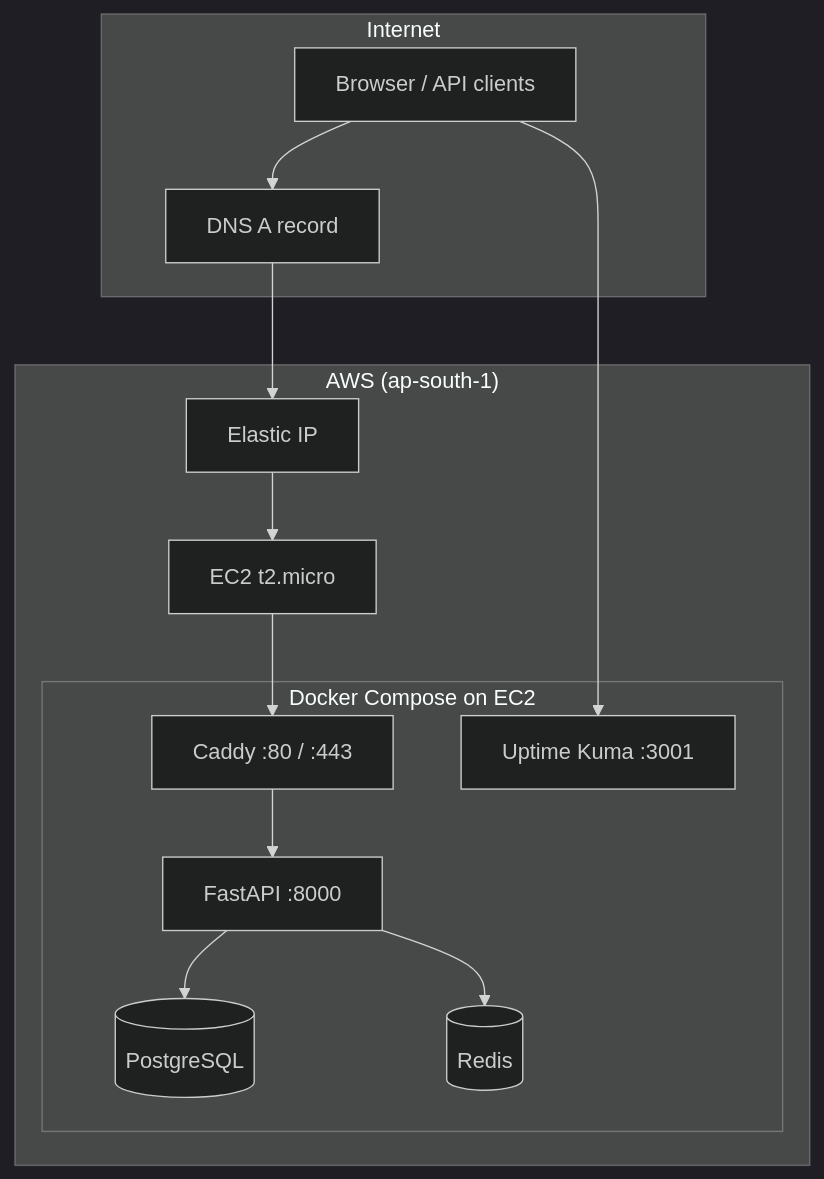
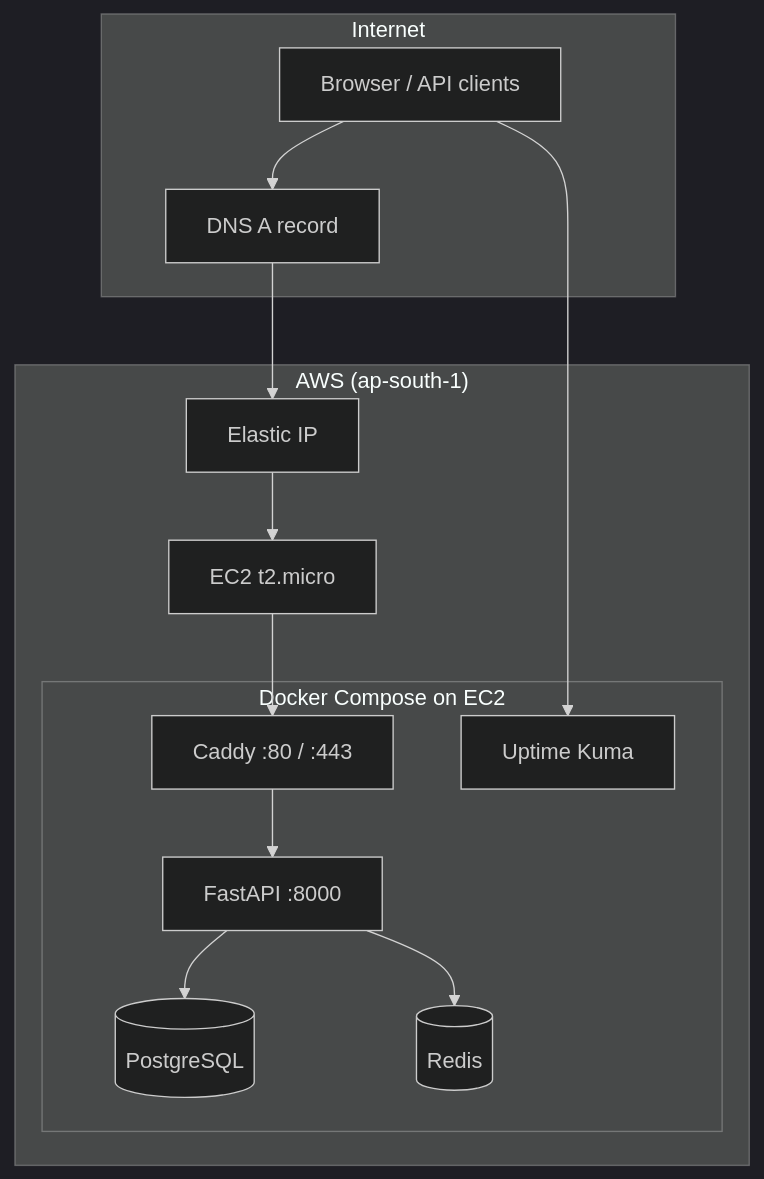
Before and after one commit to Akash9773312/statuspulse: the diagram in README.md, drawn with Mermaid (dark theme). The commit also changed other lines of this file and 10 other files, not shown here.

````diff
--- a/README.md
+++ b/README.md
@@ -16,26 +16,26 @@
 ```mermaid
 flowchart TB
     subgraph Internet
         User[Browser / API clients]
         DNS[DNS A record]
     end
 
     subgraph AWS["AWS (ap-south-1)"]
         EIP[Elastic IP]
         EC2[EC2 t2.micro]
         subgraph Docker["Docker Compose on EC2"]
             Caddy[Caddy :80 / :443]
             App[FastAPI :8000]
             PG[(PostgreSQL)]
             Redis[(Redis)]
-            UK[Uptime Kuma :3001]
+            UK[Uptime Kuma]
         end
     end
 
     User --> DNS --> EIP --> EC2
     EC2 --> Caddy
     Caddy --> App
     App --> PG
     App --> Redis
     User --> UK
 ```
````
